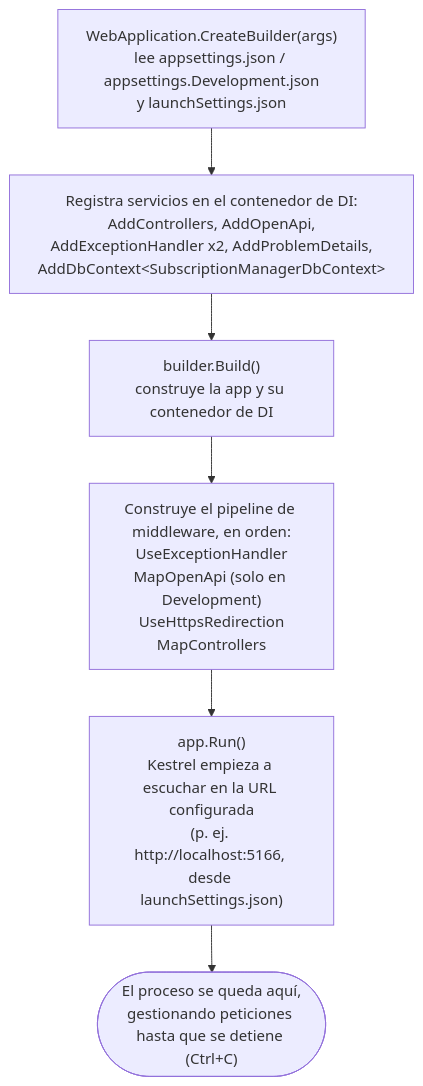
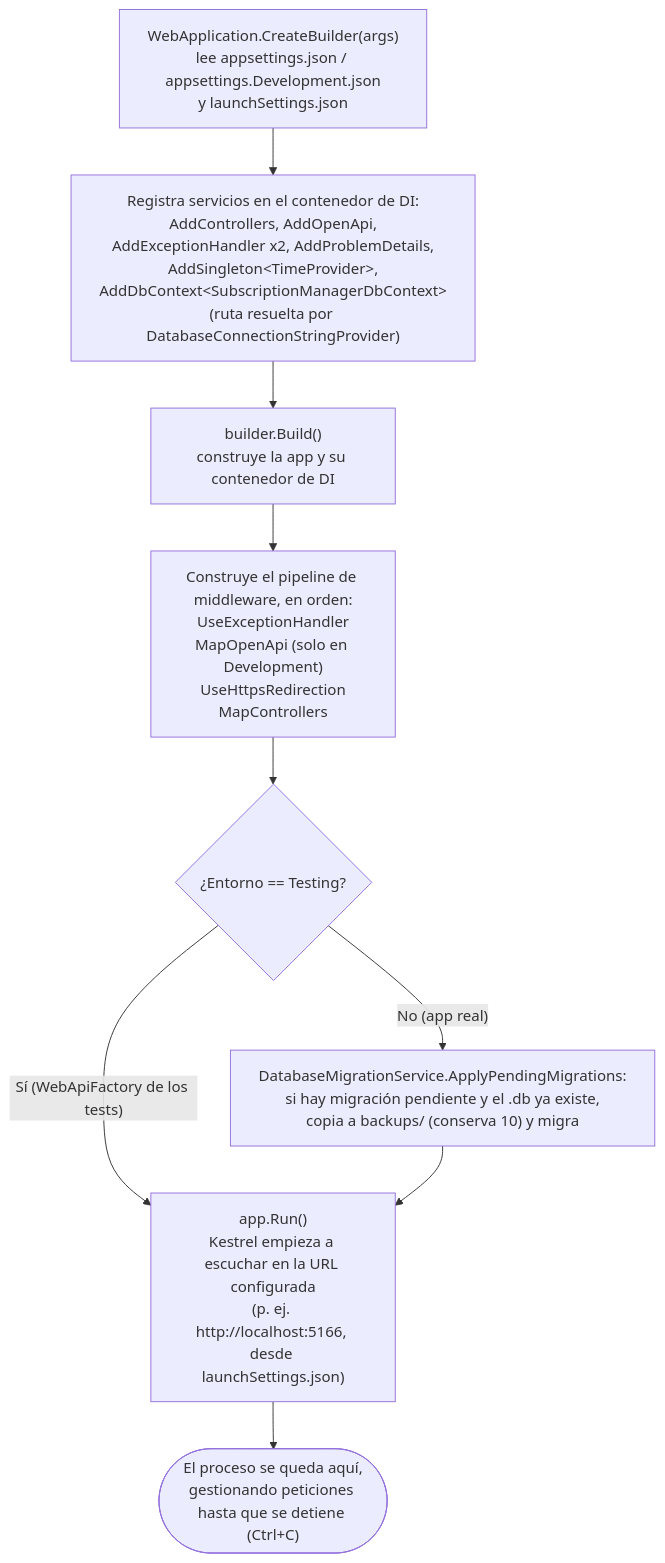
Before and after one commit to Manueh9/SubscriptionManager: the first of 2 diagrams in docs/Architecture/Architecture.es.md, drawn with Mermaid. The commit also changed other lines of this file and 15 other files, not shown here.

Commit message:
feat: move the database under AppData and back it up before migrating

````diff
--- a/docs/Architecture/Architecture.es.md
+++ b/docs/Architecture/Architecture.es.md
@@ -21,8 +21,11 @@
 ```mermaid
 flowchart TD
-    A["WebApplication.CreateBuilder(args)<br/>lee appsettings.json / appsettings.Development.json<br/>y launchSettings.json"] --> B["Registra servicios en el contenedor de DI:<br/>AddControllers, AddOpenApi,<br/>AddExceptionHandler x2, AddProblemDetails,<br/>AddDbContext&lt;SubscriptionManagerDbContext&gt;"]
+    A["WebApplication.CreateBuilder(args)<br/>lee appsettings.json / appsettings.Development.json<br/>y launchSettings.json"] --> B["Registra servicios en el contenedor de DI:<br/>AddControllers, AddOpenApi,<br/>AddExceptionHandler x2, AddProblemDetails,<br/>AddSingleton&lt;TimeProvider&gt;,<br/>AddDbContext&lt;SubscriptionManagerDbContext&gt;<br/>(ruta resuelta por DatabaseConnectionStringProvider)"]
     B --> C["builder.Build()<br/>construye la app y su contenedor de DI"]
     C --> D["Construye el pipeline de middleware, en orden:<br/>UseExceptionHandler<br/>MapOpenApi (solo en Development)<br/>UseHttpsRedirection<br/>MapControllers"]
-    D --> E["app.Run()<br/>Kestrel empieza a escuchar en la URL configurada<br/>(p. ej. http://localhost:5166, desde launchSettings.json)"]
+    D --> G{"¿Entorno == Testing?"}
+    G -- "No (app real)" --> H["DatabaseMigrationService.ApplyPendingMigrations:<br/>si hay migración pendiente y el .db ya existe,<br/>copia a backups/ (conserva 10) y migra"]
+    G -- "Sí (WebApiFactory de los tests)" --> E
+    H --> E["app.Run()<br/>Kestrel empieza a escuchar en la URL configurada<br/>(p. ej. http://localhost:5166, desde launchSettings.json)"]
     E --> F(["El proceso se queda aquí,<br/>gestionando peticiones hasta que se detiene (Ctrl+C)"])
 ```
````
